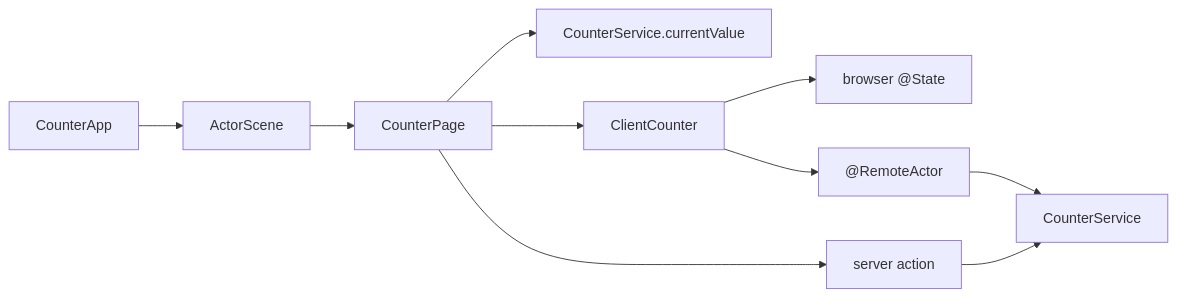
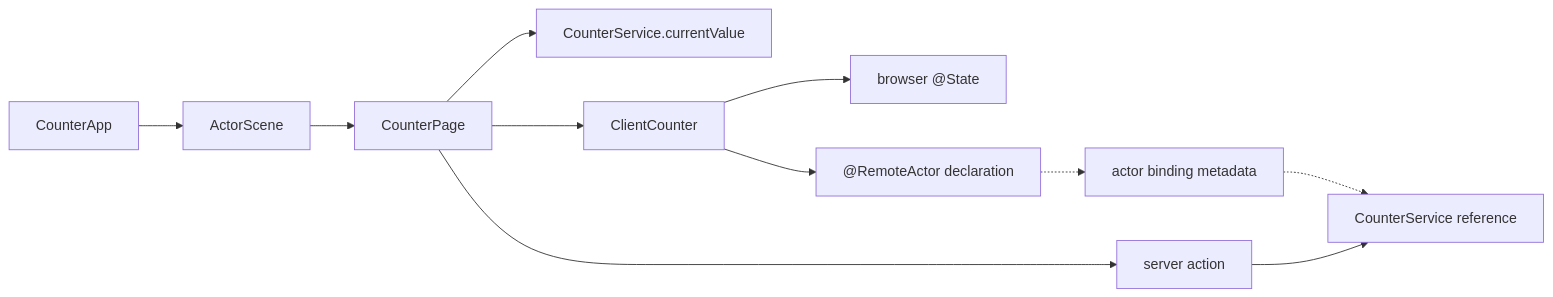
The diagram in Examples/CounterApp/README.md (1amageek/swift-web), drawn with Mermaid before and after one commit. The commit also changed other lines of this file and 85 other files, not shown here.

Commit message:
Add typed remote actor service bindings

````diff
--- a/Examples/CounterApp/README.md
+++ b/Examples/CounterApp/README.md
@@ -9,12 +9,13 @@
 ```mermaid
 flowchart LR
   App["CounterApp"] --> ActorScene["ActorScene"]
   ActorScene --> Page["CounterPage"]
   Page --> Load["CounterService.currentValue"]
   Page --> Client["ClientCounter"]
   Client --> State["browser @State"]
-  Client --> Remote["@RemoteActor"]
-  Remote --> Service["CounterService"]
+  Client --> Remote["@RemoteActor declaration"]
+  Remote -.-> Binding["actor binding metadata"]
+  Binding -.-> Service["CounterService reference"]
   Page --> Action["server action"]
   Action --> Service
 ```
````
